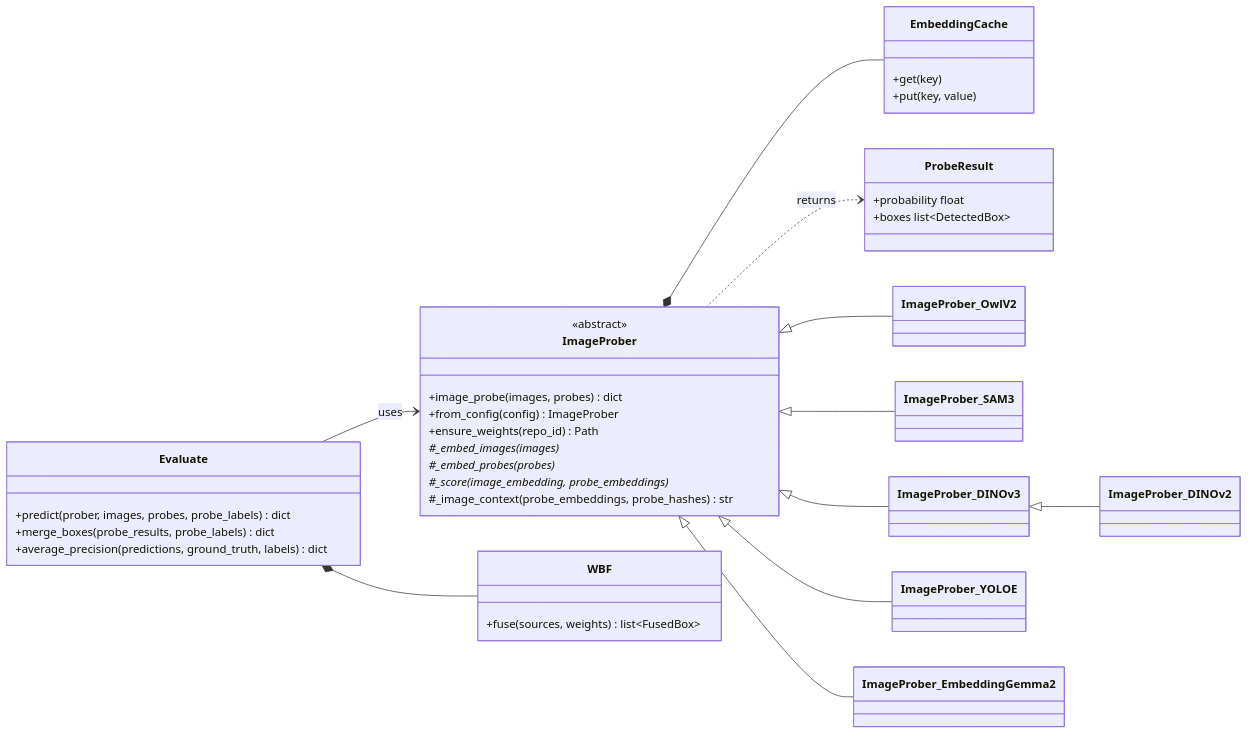
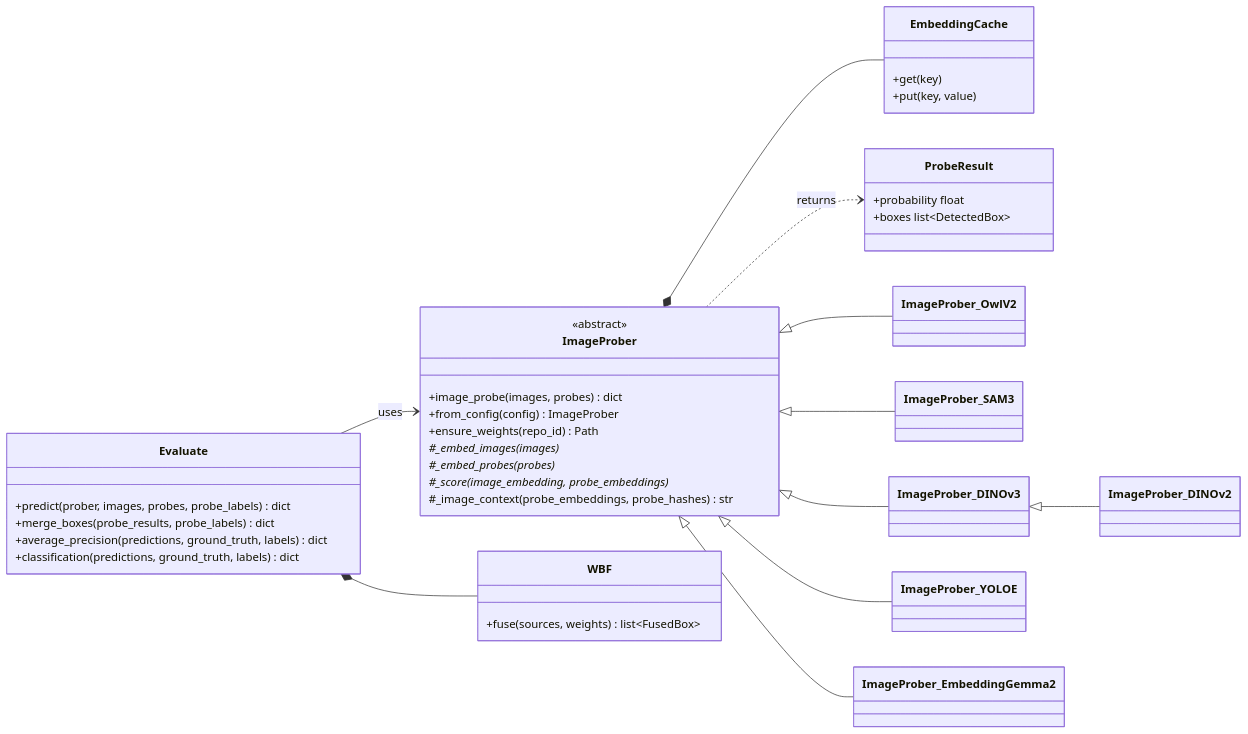
One commit to michael-mayo/autolabelling_via_embeddings changed the second of 2 diagrams in README.md. Above: the diagram before and after it, drawn with Mermaid. The commit also changed other lines of this file and 4 other files, not shown here.

````diff
--- a/README.md
+++ b/README.md
@@ -282,46 +290,47 @@
 ```mermaid
 classDiagram
     direction LR
     class ImageProber {
         <<abstract>>
         +image_probe(images, probes) dict
         +from_config(config) ImageProber
         +ensure_weights(repo_id) Path
         #_embed_images(images)*
         #_embed_probes(probes)*
         #_score(image_embedding, probe_embeddings)*
         #_image_context(probe_embeddings, probe_hashes) str
     }
     class EmbeddingCache {
         +get(key)
         +put(key, value)
     }
     class ProbeResult {
         +probability float
         +boxes list~DetectedBox~
     }
     class ImageProber_OwlV2
     class ImageProber_SAM3
     class ImageProber_DINOv3
     class ImageProber_YOLOE
     class ImageProber_DINOv2
     class ImageProber_EmbeddingGemma2
     ImageProber <|-- ImageProber_OwlV2
     ImageProber <|-- ImageProber_SAM3
     ImageProber <|-- ImageProber_DINOv3
     ImageProber <|-- ImageProber_YOLOE
     ImageProber <|-- ImageProber_EmbeddingGemma2
     ImageProber_DINOv3 <|-- ImageProber_DINOv2
     ImageProber *-- EmbeddingCache
     ImageProber ..> ProbeResult : returns
     class Evaluate {
         +predict(prober, images, probes, probe_labels) dict
         +merge_boxes(probe_results, probe_labels) dict
         +average_precision(predictions, ground_truth, labels) dict
+        +classification(predictions, ground_truth, labels) dict
     }
     class WBF {
         +fuse(sources, weights) list~FusedBox~
     }
     Evaluate --> ImageProber : uses
     Evaluate *-- WBF
 ```
````
